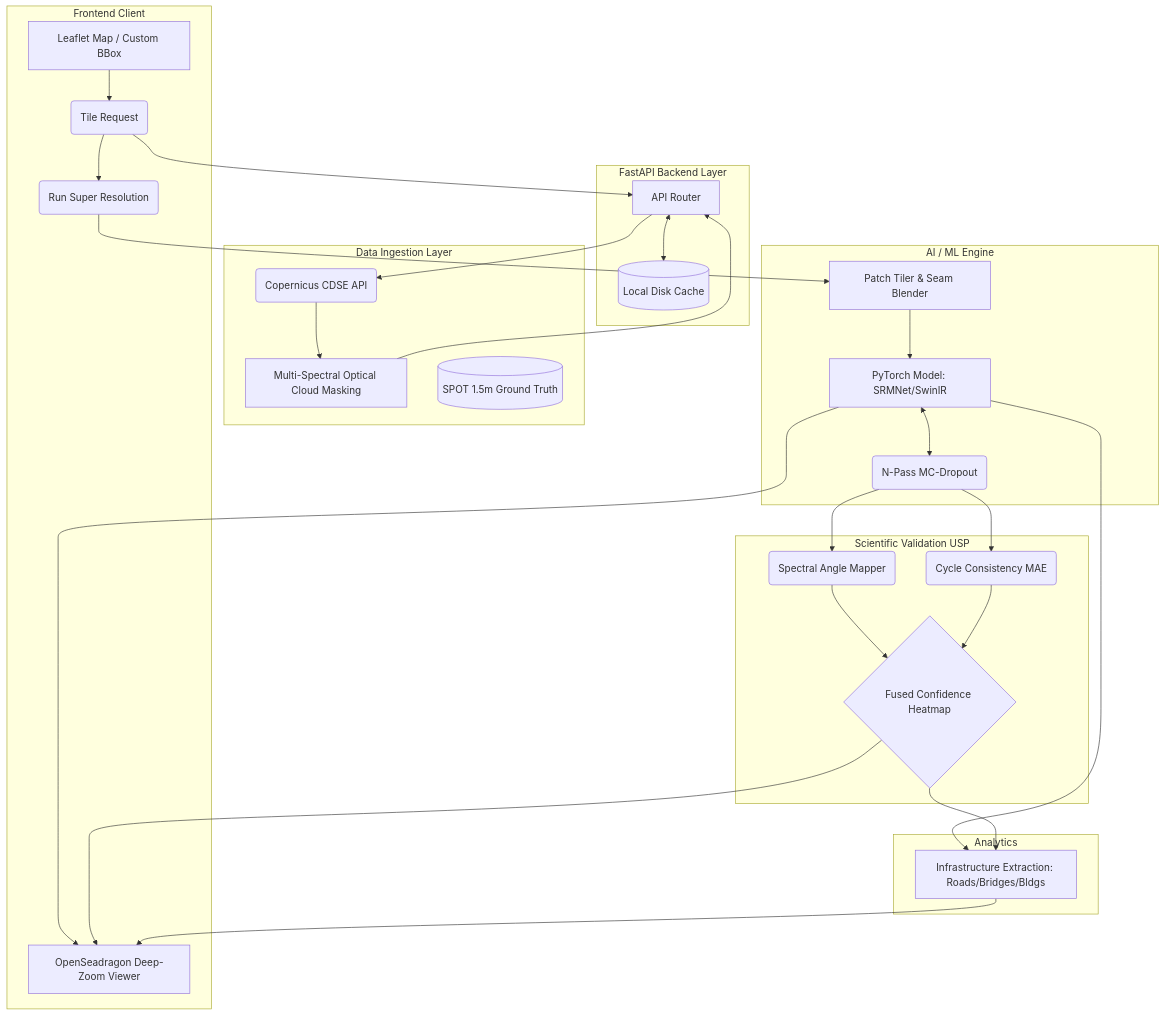
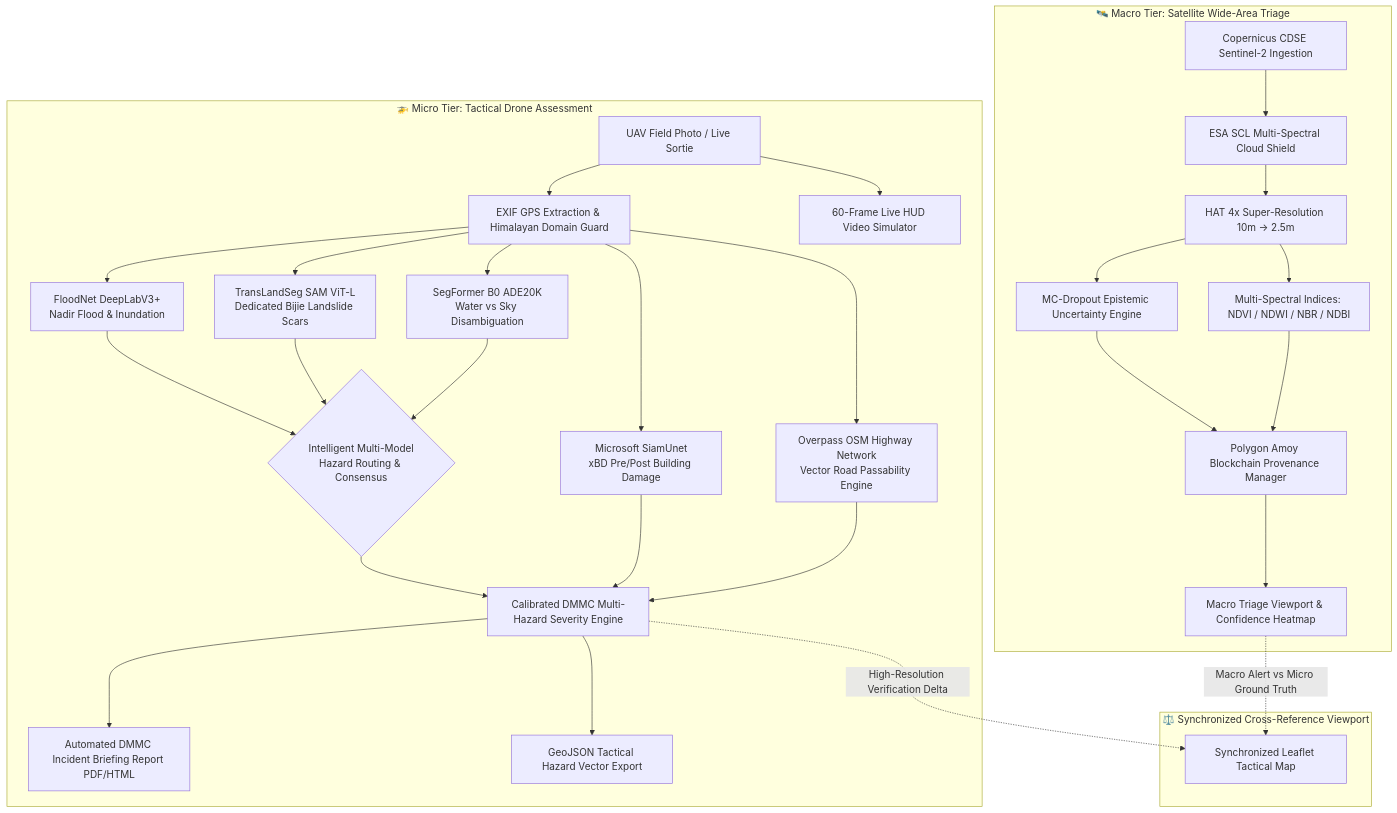
The diagram in Documentation/architecture_documentation.md (ankush850/UKIS---2K26-), drawn with Mermaid before and after one commit. The commit also changed other lines of this file and 15 other files, not shown here.

Commit message:
docs: update system documentation, architecture guides, and mathematical derivations

````diff
--- a/Documentation/architecture_documentation.md
+++ b/Documentation/architecture_documentation.md
@@ -9,56 +12,34 @@
 ```mermaid
 flowchart TD
-    subgraph Frontend [Frontend Client]
-        UI[Leaflet Map / Custom BBox] --> FetchReq(Tile Request)
-        FetchReq --> SR_Command(Run Super Resolution)
-        Render[OpenSeadragon Deep-Zoom Viewer]
+    subgraph SATELLITE_TIER["🛰️ Macro Tier: Satellite Wide-Area Triage"]
+        S1[Copernicus CDSE Sentinel-2 Ingestion] --> S2[ESA SCL Multi-Spectral Cloud Shield]
+        S2 --> S3[HAT 4x Super-Resolution 10m -> 2.5m]
+        S3 --> S4[MC-Dropout Epistemic Uncertainty Engine]
+        S3 --> S5[Multi-Spectral Indices: NDVI / NDWI / NBR / NDBI]
+        S4 & S5 --> S6[Polygon Amoy Blockchain Provenance Manager]
+        S6 --> S7[Macro Triage Viewport & Confidence Heatmap]
     end
 
-    subgraph Backend_API [FastAPI Backend Layer]
-        Router[API Router]
-        Cache[(Local Disk Cache)]
+    subgraph DRONE_TIER["🚁 Micro Tier: Tactical Drone Assessment"]
+        D1[UAV Field Photo / Live Sortie] --> D2[EXIF GPS Extraction & Himalayan Domain Guard]
+        D1 --> D3[60-Frame Live HUD Video Simulator]
+        
+        D2 --> M1[FloodNet DeepLabV3+<br/>Nadir Flood & Inundation]
+        D2 --> M2[TransLandSeg SAM ViT-L<br/>Dedicated Bijie Landslide Scars]
+        D2 --> M3[SegFormer B0 ADE20K<br/>Water vs Sky Disambiguation]
+        
+        M1 & M2 & M3 --> M4{Intelligent Multi-Model<br/>Hazard Routing & Consensus}
+        
+        D2 --> P1[Microsoft SiamUnet<br/>xBD Pre/Post Building Damage]
+        D2 --> P2[Overpass OSM Highway Network<br/>Vector Road Passability Engine]
+        
+        M4 & P1 & P2 --> E1[Calibrated DMMC Multi-Hazard Severity Engine]
+        E1 --> E2[Automated DMMC Incident Briefing Report PDF/HTML]
+        E1 --> E3[GeoJSON Tactical Hazard Vector Export]
     end
 
-    subgraph Data_Ingestion [Data Ingestion Layer]
-        CDSE(Copernicus CDSE API)
-        CloudMask[Multi-Spectral Optical Cloud Masking]
-        SPOT[(SPOT 1.5m Ground Truth)]
+    subgraph FUSION_VIEW["⚖️ Synchronized Cross-Reference Viewport"]
+        S7 -. Macro Alert vs Micro Ground Truth .-> SYNC[Synchronized Leaflet Tactical Map]
+        E1 -. High-Resolution Verification Delta .-> SYNC
     end
-
-    subgraph Deep_Learning [AI / ML Engine]
-        Tiler[Patch Tiler & Seam Blender]
-        Model[PyTorch Model: SRMNet/SwinIR]
-        MCDropout(N-Pass MC-Dropout)
-    end
-
-    subgraph USP_Layer [Scientific Validation USP]
-        SAM(Spectral Angle Mapper)
-        CycleCheck(Cycle Consistency MAE)
-        FusedConfidence{Fused Confidence Heatmap}
-    end
-
-    subgraph Downstream [Analytics]
-        Infra[Infrastructure Extraction: Roads/Bridges/Bldgs]
-    end
-
-    %% Flow
-    FetchReq --> Router
-    Router <--> Cache
-    Router --> CDSE
-    CDSE --> CloudMask
-    CloudMask --> Router
-
-    SR_Command --> Tiler
-    Tiler --> Model
-    Model <--> MCDropout
-    MCDropout --> SAM
-    MCDropout --> CycleCheck
-    SAM --> FusedConfidence
-    CycleCheck --> FusedConfidence
-    Model --> Infra
-    FusedConfidence --> Infra
-    
-    Model --> Render
-    FusedConfidence --> Render
-    Infra --> Render
 ```
````
